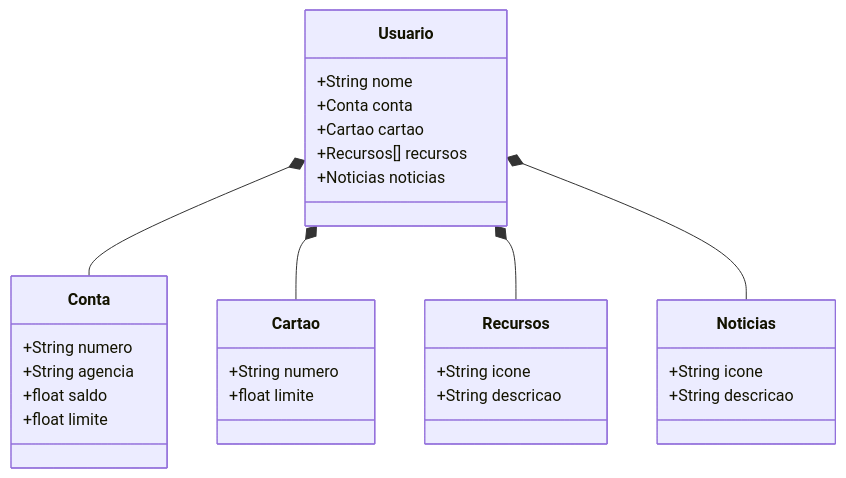
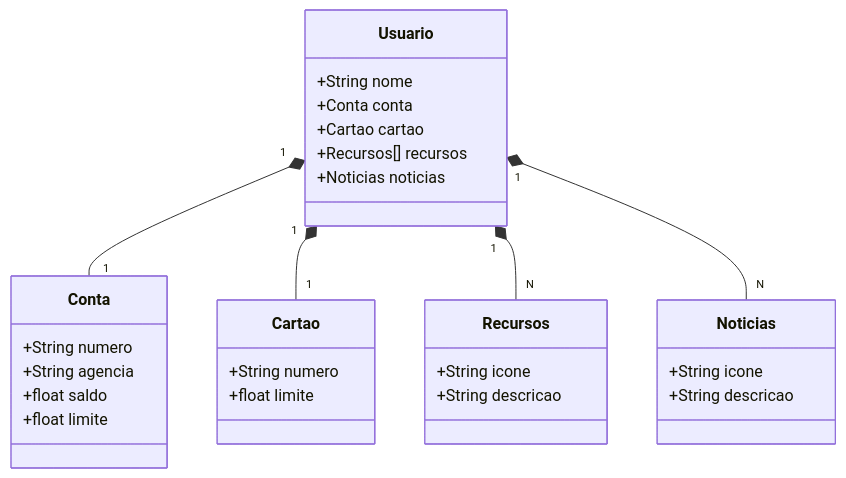
One commit to gilbertoferrari/dio-santander-bootcamp-2025 changed the diagram in README.md. Above: the diagram before and after it, drawn with Mermaid.

Commit message:
Update README.md
Adicionado as cardinalidades das classes

````diff
--- a/README.md
+++ b/README.md
@@ -6,38 +6,38 @@
 ```mermaid
 classDiagram
     class Usuario {
         +String nome
         +Conta conta
         +Cartao cartao
         +Recursos[] recursos
         +Noticias noticias
     }
 
     class Conta {
         +String numero
         +String agencia
         +float saldo
         +float limite
     }
 
     class Cartao {
         +String numero
         +float limite
     }
 
     class Recursos {
         +String icone
         +String descricao
     }
 
     class Noticias {
         +String icone
         +String descricao
     }
 
-    Usuario *-- Conta
-    Usuario *-- Cartao
-    Usuario *-- Recursos
-    Usuario *-- Noticias
+    Usuario "1" *-- "1" Conta
+    Usuario "1" *-- "1" Cartao
+    Usuario "1" *-- "N" Recursos
+    Usuario "1" *-- "N" Noticias
 
 ```
````
